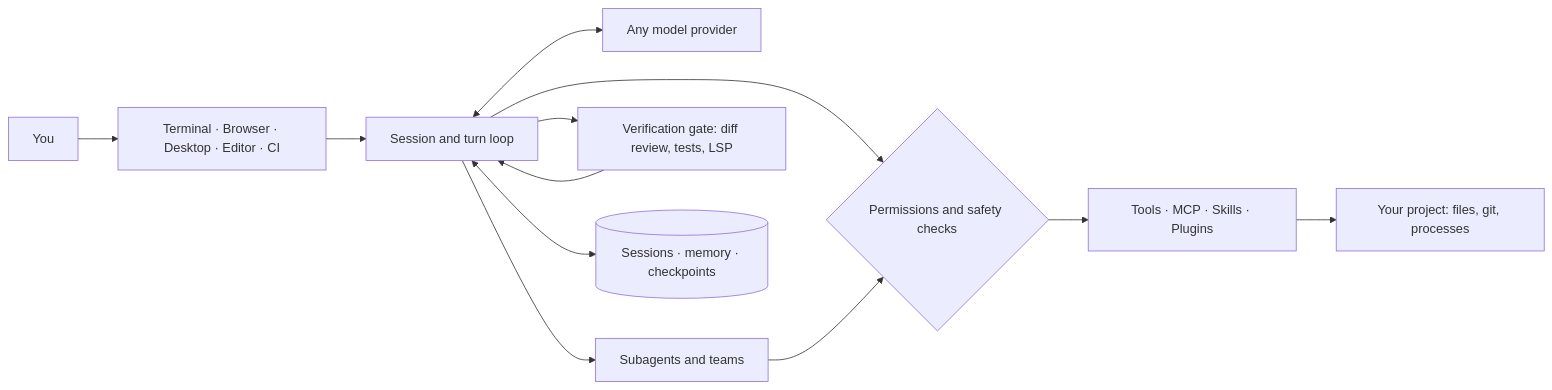
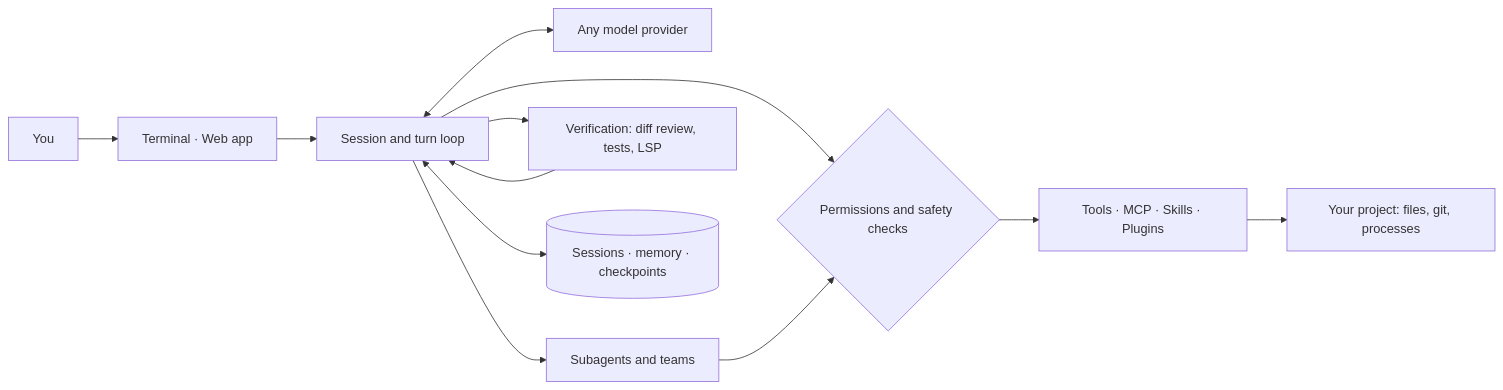
One commit to FAHTHIZ/oasis changed the diagram in README.md. Above: the diagram before and after it, drawn with Mermaid. The commit also changed other lines of this file and 6 other files, not shown here.

Commit message:
docs: rebuild README around terminal and web app; real-model screenshots

````diff
--- a/README.md
+++ b/README.md
@@ -201,14 +213,14 @@
 ```mermaid
 flowchart LR
-    U[You] --> I[Terminal · Browser · Desktop · Editor · CI]
+    U[You] --> I[Terminal · Web app]
     I --> S[Session and turn loop]
     S <--> M[Any model provider]
     S --> P{Permissions and safety checks}
     P --> T[Tools · MCP · Skills · Plugins]
     T --> W[Your project: files, git, processes]
     S --> A[Subagents and teams]
     A --> P
-    S --> V[Verification gate: diff review, tests, LSP]
+    S --> V[Verification: diff review, tests, LSP]
     V --> S
     S <--> D[(Sessions · memory · checkpoints)]
 ```
````
